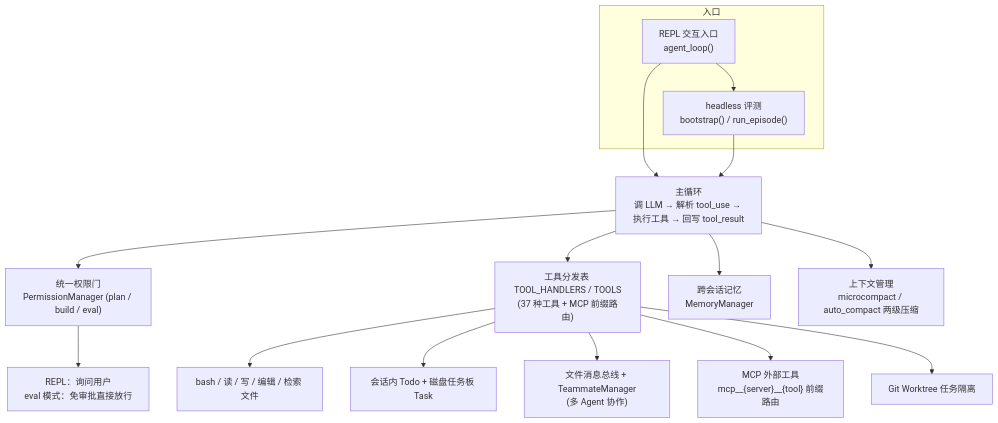
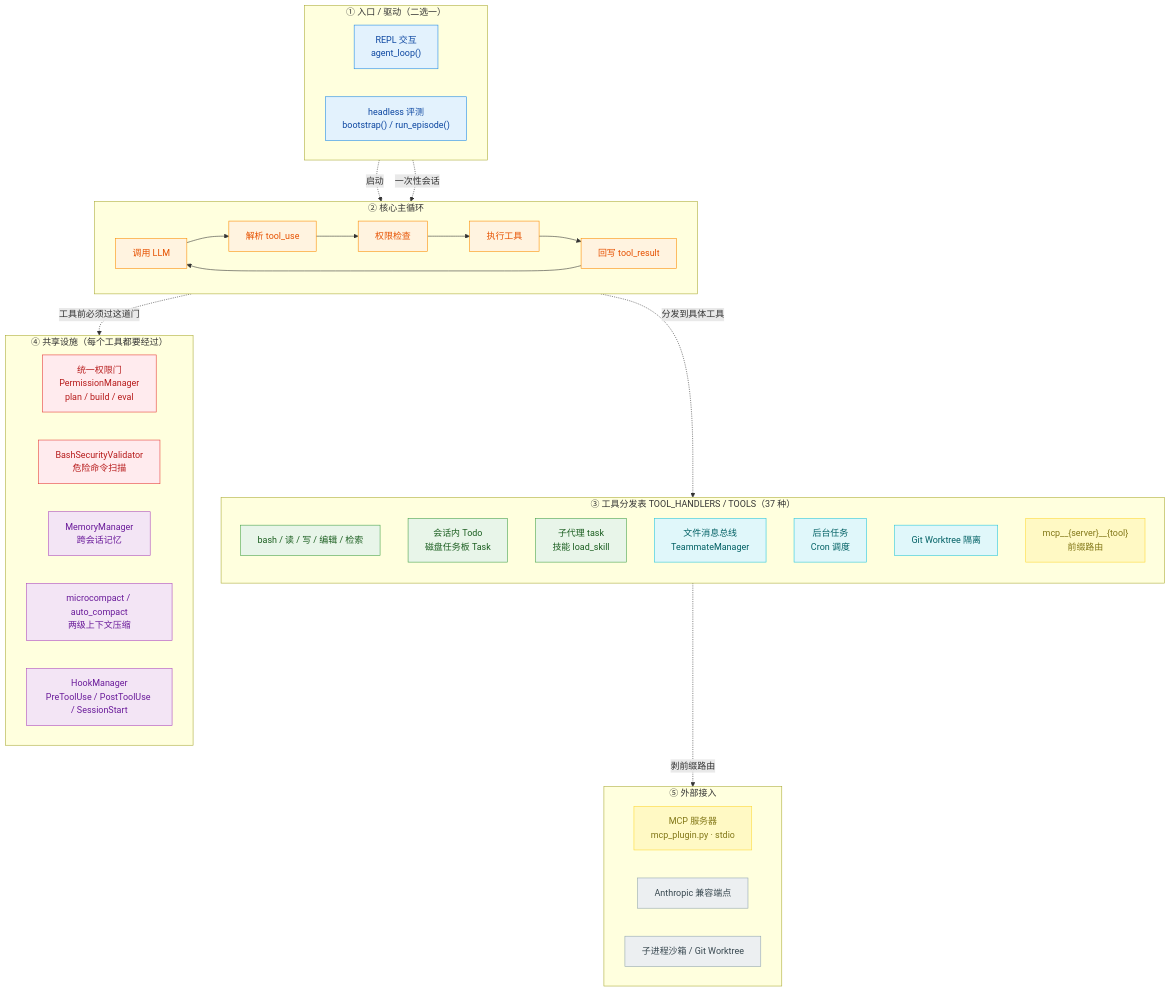
Before and after one commit to lemonAndApple/Agent_Harness: the diagram in README.md, drawn with Mermaid. The commit also changed other lines of this file and 3 other files, not shown here.

First line of the commit message:
docs: upgrade architecture/pipeline diagrams to rich multi-modal mermaid

````diff
--- a/README.md
+++ b/README.md
@@ -22,18 +22,56 @@
 ```mermaid
-graph TD
-    subgraph 入口
-        A["REPL 交互入口<br/>agent_loop()"] --> B["headless 评测<br/>bootstrap() / run_episode()"]
+flowchart TB
+    %% 分层配色：入口=蓝 · 主循环=橙 · 工具=绿 · 多Agent=青 · 安全=红 · 上下文/记忆=紫 · MCP=黄 · 外部=灰
+    classDef entry fill:#e3f2fd,stroke:#1e88e5,color:#0d47a1
+    classDef loop  fill:#fff3e0,stroke:#fb8c00,color:#e65100
+    classDef tool  fill:#e8f5e9,stroke:#43a047,color:#1b5e20
+    classDef team  fill:#e0f7fa,stroke:#26c6da,color:#006064
+    classDef safe  fill:#ffebee,stroke:#e53935,color:#b71c1c
+    classDef ctx   fill:#f3e5f5,stroke:#ab47bc,color:#6a1b9a
+    classDef mcp   fill:#fff9c4,stroke:#fdd835,color:#827717
+    classDef ext   fill:#eceff1,stroke:#90a4ae,color:#37474f
+
+    subgraph L1["① 入口 / 驱动（二选一）"]
+        direction LR
+        REPL["REPL 交互<br/>agent_loop()"]:::entry
+        EVAL["headless 评测<br/>bootstrap() / run_episode()"]:::entry
     end
-    A --> Loop["主循环<br/>调 LLM → 解析 tool_use → 执行工具 → 回写 tool_result"]
-    B --> Loop
-    Loop --> Gate["统一权限门<br/>PermissionManager (plan / build / eval)"]
-    Loop --> Tools["工具分发表 TOOL_HANDLERS / TOOLS<br/>(37 种工具 + MCP 前缀路由)"]
-    Loop --> Mem["跨会话记忆<br/>MemoryManager"]
-    Loop --> Compact["上下文管理<br/>microcompact / auto_compact 两级压缩"]
-    Tools --> Native["bash / 读 / 写 / 编辑 / 检索 文件"]
-    Tools --> Todo["会话内 Todo + 磁盘任务板 Task"]
-    Tools --> Team["文件消息总线 + TeammateManager<br/>(多 Agent 协作)"]
-    Tools --> MCP["MCP 外部工具<br/>mcp__{server}__{tool} 前缀路由"]
-    Tools --> Worktree["Git Worktree 任务隔离"]
-    Gate --> Ask["REPL：询问用户<br/>eval 模式：免审批直接放行"]
+
+    subgraph L2["② 核心主循环"]
+        direction LR
+        CALL["调用 LLM"]:::loop --> PARSE["解析 tool_use"]:::loop --> PERM["权限检查"]:::loop --> EXEC["执行工具"]:::loop --> BACK["回写 tool_result"]:::loop --> CALL
+    end
+
+    subgraph L3["③ 工具分发表 TOOL_HANDLERS / TOOLS（37 种）"]
+        direction TB
+        NAT["bash / 读 / 写 / 编辑 / 检索"]:::tool
+        TODO["会话内 Todo<br/>磁盘任务板 Task"]:::tool
+        SUB["子代理 task<br/>技能 load_skill"]:::tool
+        TEAM["文件消息总线<br/>TeammateManager"]:::team
+        SCHED["后台任务<br/>Cron 调度"]:::team
+        WT["Git Worktree 隔离"]:::team
+        MCPT["mcp__{server}__{tool}<br/>前缀路由"]:::mcp
+    end
+
+    subgraph L4["④ 共享设施（每个工具都要经过）"]
+        direction LR
+        GATE["统一权限门<br/>PermissionManager<br/>plan / build / eval"]:::safe
+        SEC["BashSecurityValidator<br/>危险命令扫描"]:::safe
+        MEM["MemoryManager<br/>跨会话记忆"]:::ctx
+        CMP["microcompact / auto_compact<br/>两级上下文压缩"]:::ctx
+        HOOK["HookManager<br/>PreToolUse / PostToolUse / SessionStart"]:::ctx
+    end
+
+    subgraph L5["⑤ 外部接入"]
+        direction LR
+        MCP["MCP 服务器<br/>mcp_plugin.py · stdio"]:::mcp
+        LLM["Anthropic 兼容端点"]:::ext
+        SANDBOX["子进程沙箱 / Git Worktree"]:::ext
+    end
+
+    REPL -.-> |启动| CALL
+    EVAL -.-> |一次性会话| CALL
+    EXEC -.-> |分发到具体工具| NAT
+    EXEC -.-> |工具前必须过这道门| GATE
+    MCPT -.-> |剥前缀路由| MCP
 ```
````
